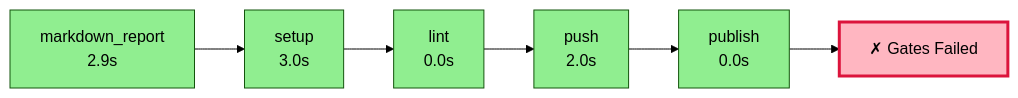
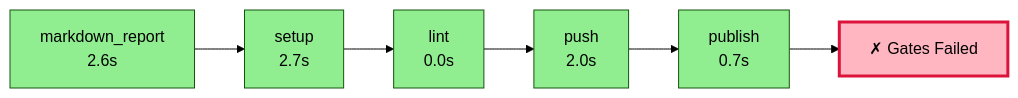
Before and after one commit to wronai/fixos: the diagram in .pyqual/report.md, drawn with Mermaid (forest theme). The commit also changed other lines of this file and 2 other files, not shown here.

````diff
--- a/.pyqual/report.md
+++ b/.pyqual/report.md
@@ -10,20 +10,20 @@
 ```mermaid
 flowchart LR
-    S0["markdown_report<br/>2.9s"]
+    S0["markdown_report<br/>2.6s"]
     style S0 fill:#90EE90
-    S1["setup<br/>3.0s"]
+    S1["setup<br/>2.7s"]
     style S1 fill:#90EE90
     S0 --> S1
     S2["lint<br/>0.0s"]
     style S2 fill:#90EE90
     S1 --> S2
     S3["push<br/>2.0s"]
     style S3 fill:#90EE90
     S2 --> S3
-    S4["publish<br/>0.0s"]
+    S4["publish<br/>0.7s"]
     style S4 fill:#90EE90
     S3 --> S4
     G["✗ Gates Failed"]
     style G fill:#FFB6C1,stroke:#DC143C,stroke-width:3px
     S4 --> G
 ```
````
